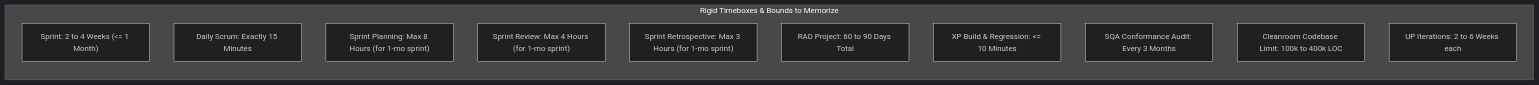
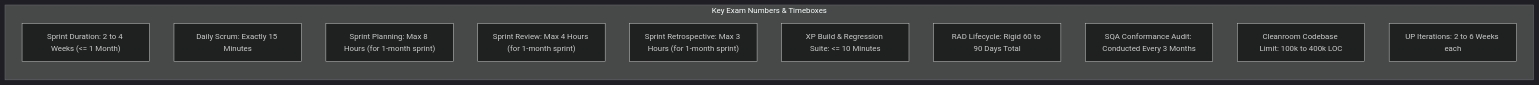
One commit to Fake1Doge/Obsidian-notes changed the second of 5 diagrams in Y2S1/CKS222 Short Notes.md. Above: the diagram before and after it, drawn with Mermaid (dark theme). The commit also changed other lines of this file, not shown here.

````diff
--- a/Y2S1/CKS222 Short Notes.md
+++ b/Y2S1/CKS222 Short Notes.md
@@ -89,16 +140,16 @@
 ```mermaid
 flowchart LR
-    subgraph Timeboxes["Rigid Timeboxes & Bounds to Memorize"]
+    subgraph ExactBounds["Key Exam Numbers & Timeboxes"]
         direction TB
-        T1["Sprint: 2 to 4 Weeks (<= 1 Month)"]
-        T2["Daily Scrum: Exactly 15 Minutes"]
-        T3["Sprint Planning: Max 8 Hours (for 1-mo sprint)"]
-        T4["Sprint Review: Max 4 Hours (for 1-mo sprint)"]
-        T5["Sprint Retrospective: Max 3 Hours (for 1-mo sprint)"]
-        T6["RAD Project: 60 to 90 Days Total"]
-        T7["XP Build & Regression: <= 10 Minutes"]
-        T8["SQA Conformance Audit: Every 3 Months"]
-        T9["Cleanroom Codebase Limit: 100k to 400k LOC"]
-        T10["UP Iterations: 2 to 6 Weeks each"]
+        B1["Sprint Duration: 2 to 4 Weeks (<= 1 Month)"]
+        B2["Daily Scrum: Exactly 15 Minutes"]
+        B3["Sprint Planning: Max 8 Hours (for 1-month sprint)"]
+        B4["Sprint Review: Max 4 Hours (for 1-month sprint)"]
+        B5["Sprint Retrospective: Max 3 Hours (for 1-month sprint)"]
+        B6["XP Build & Regression Suite: <= 10 Minutes"]
+        B7["RAD Lifecycle: Rigid 60 to 90 Days Total"]
+        B8["SQA Conformance Audit: Conducted Every 3 Months"]
+        B9["Cleanroom Codebase Limit: 100k to 400k LOC"]
+        B10["UP Iterations: 2 to 6 Weeks each"]
     end
 ```
````
